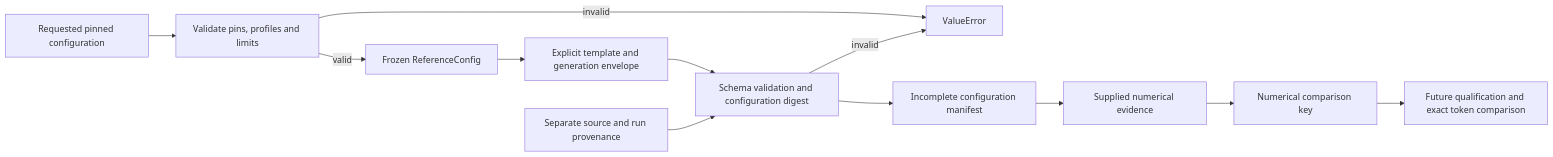
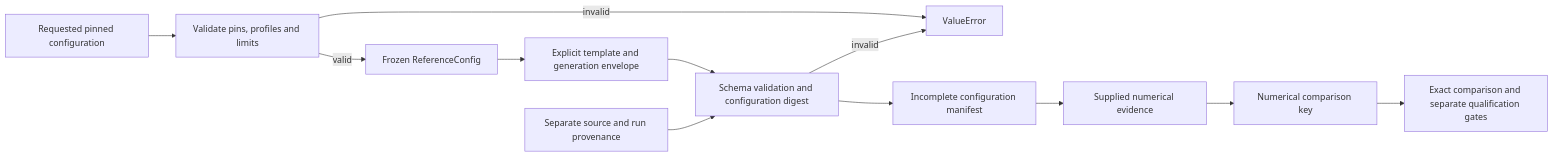
The fourth of 5 diagrams in docs/reference-baseline.md (RMx-03/Vortex), drawn with Mermaid before and after one commit. The commit also changed other lines of this file and 2 other files, not shown here.

Commit message:
test(baseline): add qualified GPU token parity checks

````diff
--- a/docs/reference-baseline.md
+++ b/docs/reference-baseline.md
@@ -648,14 +649,14 @@
 ```mermaid
 flowchart LR
     A[Requested pinned configuration] --> B[Validate pins, profiles and limits]
     B -->|invalid| E[ValueError]
     B -->|valid| C[Frozen ReferenceConfig]
     C --> D[Explicit template and generation envelope]
     D --> F[Schema validation and configuration digest]
     F -->|invalid| E
     F --> G[Incomplete configuration manifest]
     G --> H[Supplied numerical evidence]
     H --> I[Numerical comparison key]
     P[Separate source and run provenance] --> F
-    I --> J[Future qualification and exact token comparison]
+    I --> J[Exact comparison and separate qualification gates]
 ```
````
